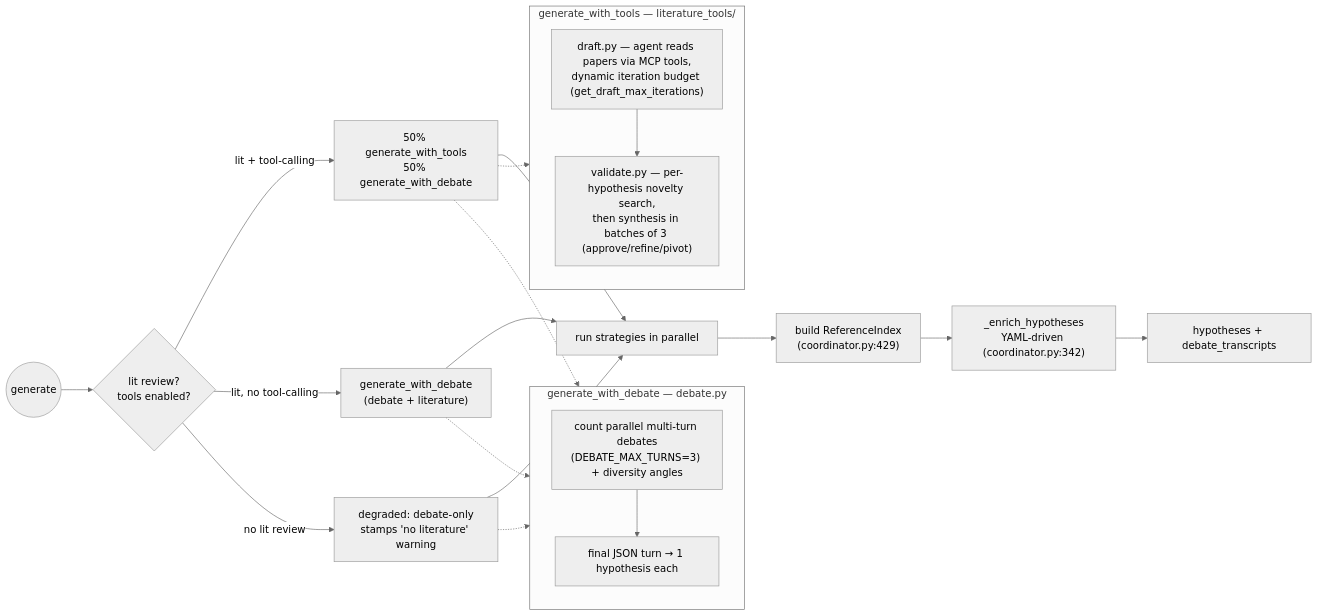
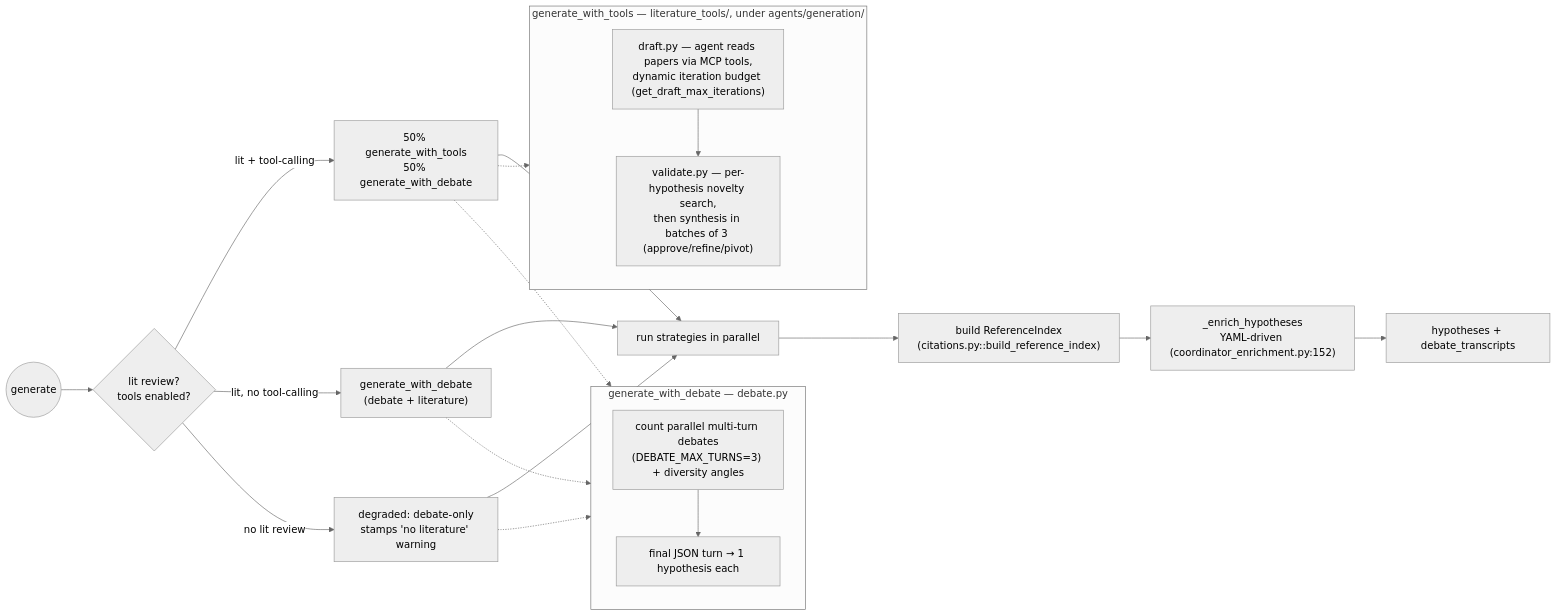
One commit to guy915/Co-Scientist changed the second of 4 diagrams in docs/EXPLAINER.md. Above: the diagram before and after it, drawn with Mermaid (neutral theme). The commit also changed other lines of this file and 11 other files, not shown here.

````diff
--- a/docs/EXPLAINER.md
+++ b/docs/EXPLAINER.md
@@ -151,31 +151,31 @@
 ```mermaid
 flowchart LR
   START((generate))
   START --> COND{"lit review?<br/>tools enabled?"}
   COND -->|"lit + tool-calling"| MIX["50% generate_with_tools<br/>50% generate_with_debate"]
   COND -->|"lit, no tool-calling"| DEB["generate_with_debate<br/>(debate + literature)"]
   COND -->|"no lit review"| DEG["degraded: debate-only<br/>stamps 'no literature' warning"]
 
   MIX --> PAR["run strategies in parallel"]
   DEB --> PAR
   DEG --> PAR
-  PAR --> RI["build ReferenceIndex<br/>(coordinator.py:429)"]
-  RI --> ENR["_enrich_hypotheses<br/>YAML-driven (coordinator.py:342)"]
+  PAR --> RI["build ReferenceIndex<br/>(citations.py::build_reference_index)"]
+  RI --> ENR["_enrich_hypotheses<br/>YAML-driven (coordinator_enrichment.py:152)"]
   ENR --> OUT["hypotheses + debate_transcripts"]
 
-  subgraph Tools [generate_with_tools — literature_tools/]
+  subgraph Tools [generate_with_tools — literature_tools/, under agents/generation/]
     D["draft.py — agent reads papers via MCP tools,<br/>dynamic iteration budget (get_draft_max_iterations)"]
     V["validate.py — per-hypothesis novelty search,<br/>then synthesis in batches of 3 (approve/refine/pivot)"]
     D --> V
   end
   MIX -.-> Tools
 
   subgraph Debate [generate_with_debate — debate.py]
     T["count parallel multi-turn debates<br/>(DEBATE_MAX_TURNS=3) + diversity angles"]
     F["final JSON turn → 1 hypothesis each"]
     T --> F
   end
   MIX -.-> Debate
   DEB -.-> Debate
   DEG -.-> Debate
 ```
````
